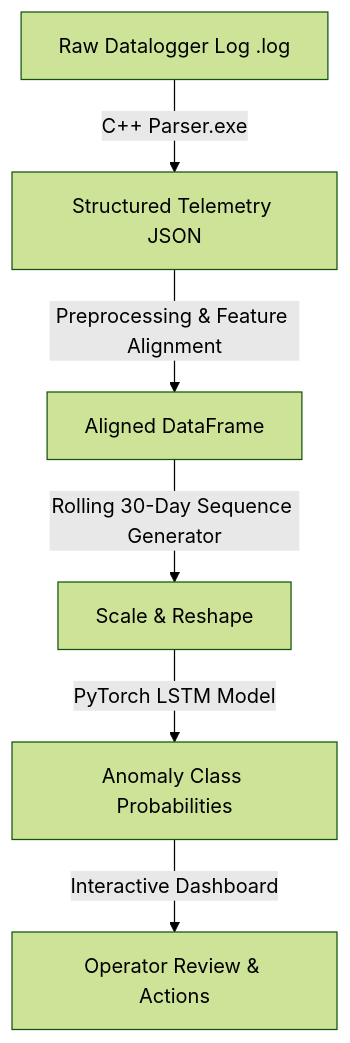
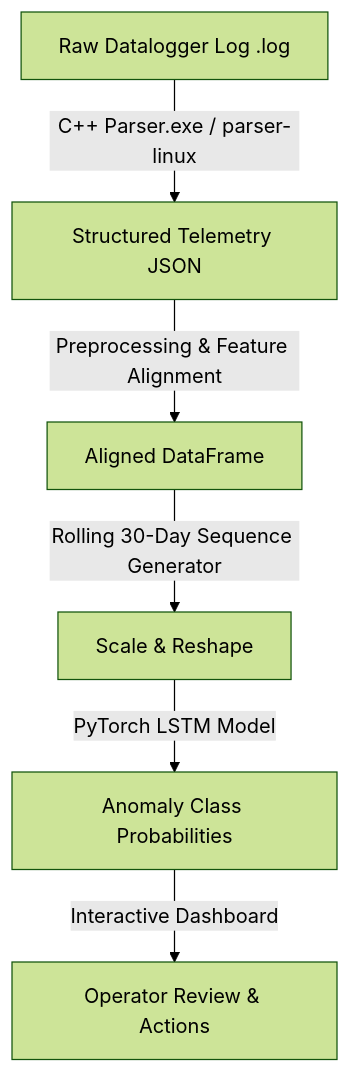
Before and after one commit to ImadElharchaoui/SolarPanelAnomalyDetection: the diagram in README.md, drawn with Mermaid (forest theme). The commit also changed other lines of this file and 17 other files, not shown here.

````diff
--- a/README.md
+++ b/README.md
@@ -32,8 +73,8 @@
 ```mermaid
 graph TD
-    A[Raw Datalogger Log .log] -->|C++ Parser.exe| B[Structured Telemetry JSON]
+    A[Raw Datalogger Log .log] -->|C++ Parser.exe / parser-linux| B[Structured Telemetry JSON]
     B -->|Preprocessing & Feature Alignment| C[Aligned DataFrame]
     C -->|Rolling 30-Day Sequence Generator| D[Scale & Reshape]
     D -->|PyTorch LSTM Model| E[Anomaly Class Probabilities]
     E -->|Interactive Dashboard| F[Operator Review & Actions]
 ```
````
